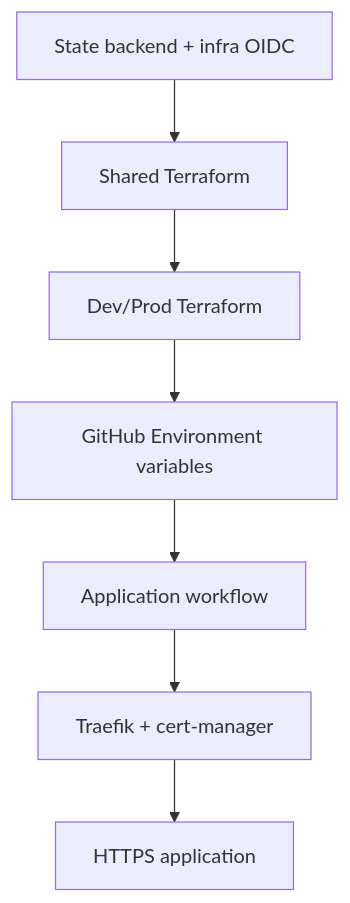
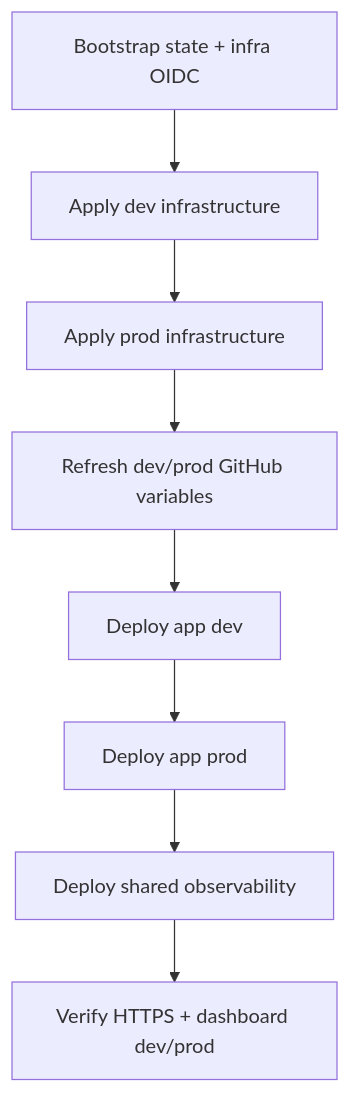
Before and after one commit to Fadi-Bedrossian/quiz_app: the fourth of 4 diagrams in wiki/Architecture.md, drawn with Mermaid. The commit also changed other lines of this file and 6 other files, not shown here.

First line of the commit message:
Refresh wiki and docs for current architecture

````diff
--- a/wiki/Architecture.md
+++ b/wiki/Architecture.md
@@ -203,9 +391,10 @@
 ```mermaid
 flowchart TD
-    STATE[State backend + infra OIDC] --> SHARED[Shared Terraform]
-    SHARED --> ENV[Dev/Prod Terraform]
-    ENV --> GHVARS[GitHub Environment variables]
-    GHVARS --> APP[Application workflow]
-    APP --> TRAEFIK[Traefik + cert-manager]
-    TRAEFIK --> HTTPS[HTTPS application]
+    STATE[Bootstrap state + infra OIDC] --> DEVINFRA[Apply dev infrastructure]
+    DEVINFRA --> PRODINFRA[Apply prod infrastructure]
+    PRODINFRA --> VARS[Refresh dev/prod GitHub variables]
+    VARS --> DEVAPP[Deploy app dev]
+    DEVAPP --> PRODAPP[Deploy app prod]
+    PRODAPP --> OBS[Deploy shared observability]
+    OBS --> VERIFY[Verify HTTPS + dashboard dev/prod]
 ```
````
